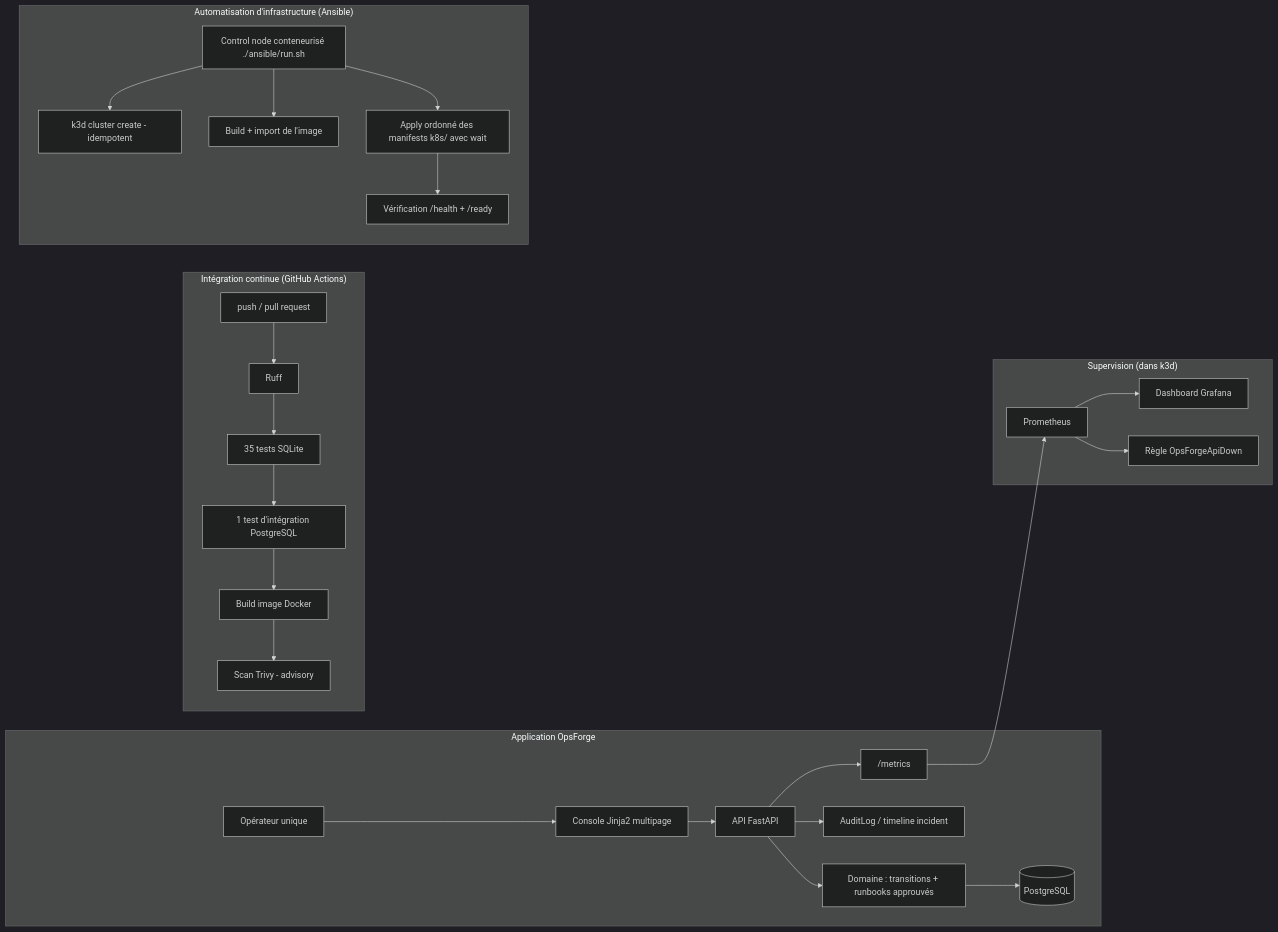
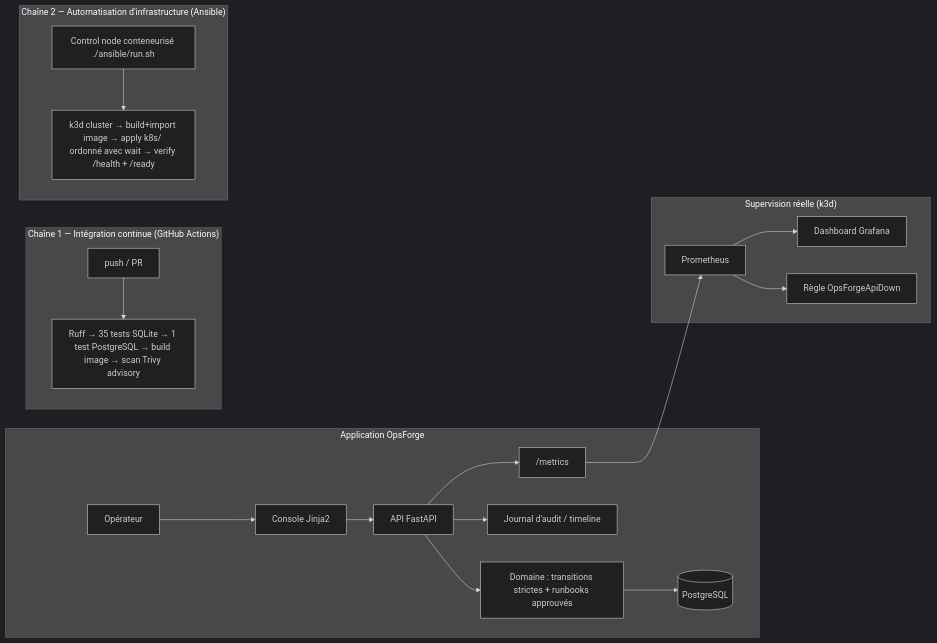
One commit to ThDyllan/opsforge changed the first of 2 diagrams in deliverables/DOSSIER_FIL_ROUGE_OPSFORGE.md. Above: the diagram before and after it, drawn with Mermaid (dark theme). The commit also changed other lines of this file and 17 other files, not shown here.

````diff
--- a/deliverables/DOSSIER_FIL_ROUGE_OPSFORGE.md
+++ b/deliverables/DOSSIER_FIL_ROUGE_OPSFORGE.md
@@ -274,32 +180,25 @@
 ```mermaid
 flowchart LR
-    subgraph Application["Application OpsForge"]
-        User[Opérateur unique] --> Web[Console Jinja2 multipage]
+    subgraph App["Application OpsForge"]
+        User[Opérateur] --> Web[Console Jinja2]
         Web --> API[API FastAPI]
-        API --> Domain[Domaine : transitions + runbooks approuvés]
+        API --> Domain[Domaine : transitions strictes + runbooks approuvés]
         Domain --> DB[(PostgreSQL)]
-        API --> Audit[AuditLog / timeline incident]
+        API --> Audit[Journal d'audit / timeline]
         API --> Metrics["/metrics"]
     end
 
-    subgraph Supervision["Supervision (dans k3d)"]
+    subgraph Supervision["Supervision réelle (k3d)"]
         Metrics --> Prometheus[Prometheus]
         Prometheus --> Grafana[Dashboard Grafana]
         Prometheus --> Rule[Règle OpsForgeApiDown]
     end
 
-    subgraph CI["Intégration continue (GitHub Actions)"]
-        Push[push / pull request] --> Lint[Ruff]
-        Lint --> Unit[35 tests SQLite]
-        Unit --> Integ[1 test d'intégration PostgreSQL]
-        Integ --> Build[Build image Docker]
-        Build --> Trivy[Scan Trivy - advisory]
+    subgraph CI["Chaîne 1 — Intégration continue (GitHub Actions)"]
+        Push[push / PR] --> Pipeline[Ruff → 35 tests SQLite → 1 test PostgreSQL → build image → scan Trivy advisory]
     end
 
-    subgraph Infra["Automatisation d'infrastructure (Ansible)"]
-        RunSh[Control node conteneurisé ./ansible/run.sh] --> Cluster[k3d cluster create - idempotent]
-        RunSh --> Import[Build + import de l'image]
-        RunSh --> Apply[Apply ordonné des manifests k8s/ avec wait]
-        Apply --> Verify[Vérification /health + /ready]
+    subgraph Infra["Chaîne 2 — Automatisation d'infrastructure (Ansible)"]
+        RunSh[Control node conteneurisé ./ansible/run.sh] --> Steps[k3d cluster → build+import image → apply k8s/ ordonné avec wait → verify /health + /ready]
     end
 ```
````
